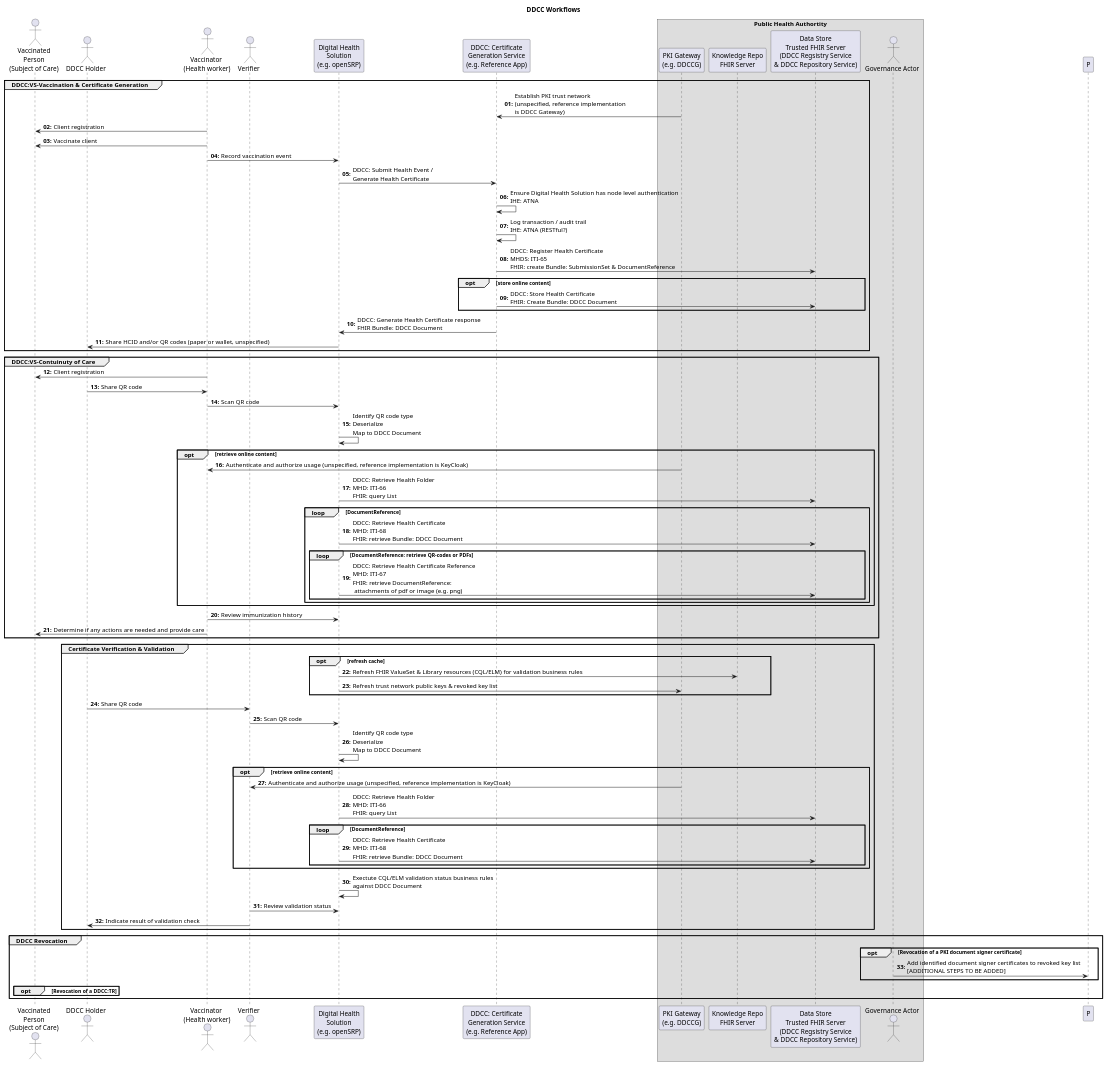
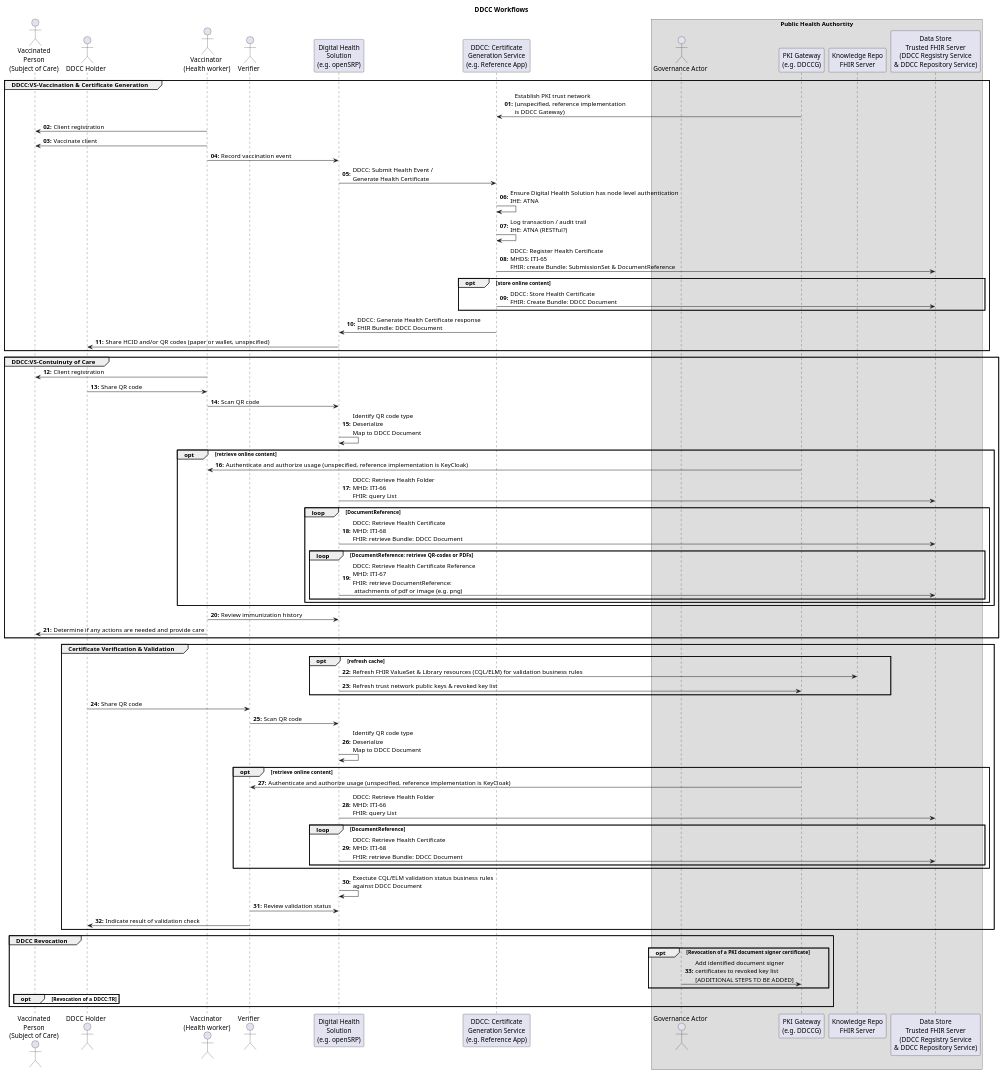
Before and after one commit to WorldHealthOrganization/ddcc: the diagram in input/images-source/workflows.plantuml, drawn with PlantUML.

Commit message:
Update workflows.plantuml
Updated Governance Actor (temporary actor name) and PKI references for revocation

```diff
--- a/input/images-source/workflows.plantuml
+++ b/input/images-source/workflows.plantuml
@@ -1,98 +1,98 @@
 @startuml
 skinparam svgDimensionStyle false
 
 title DDCC Workflows
 
 
 
 actor "Vaccinated\nPerson\n(Subject of Care)" as VP
 actor "DDCC Holder" as DH
 actor "Vaccinator\n (Health worker)" as HW
 actor "Verifier" as VER
 participant "Digital Health\nSolution\n(e.g. openSRP)" as DHS
 participant "DDCC: Certificate\nGeneration Service\n(e.g. Reference App)" as CGS
 
 box "Public Health Authortity"
+   actor "Governance Actor" as GA
    participant "PKI Gateway\n(e.g. DDCCG)" as GATE
    participant "Knowledge Repo\nFHIR Server" as KM
    participant "Data Store\nTrusted FHIR Server\n(DDCC Regsistry Service\n& DDCC Repository Service)"  as SHR
-   actor "Governance Actor" as GA
 end box
 
 autonumber "<b>00:</b>"
 
 
 group DDCC:VS-Vaccination & Certificate Generation
     GATE->CGS: Establish PKI trust network\n(unspecified, reference implementation\nis DDCC Gateway)
     HW->VP: Client registration
     HW->VP: Vaccinate client
     HW->DHS: Record vaccination event
     DHS->CGS: DDCC: Submit Health Event /\nGenerate Health Certificate
     CGS->CGS: Ensure Digital Health Solution has node level authentication\nIHE: ATNA
     CGS->CGS: Log transaction / audit trail\nIHE: ATNA (RESTful?)
     CGS->SHR: DDCC: Register Health Certificate\nMHDS: ITI-65\nFHIR: create Bundle: SubmissionSet & DocumentReference
 
     opt store online content
          CGS->SHR: DDCC: Store Health Certificate\nFHIR: Create Bundle: DDCC Document
     end
 
     CGS->DHS: DDCC: Generate Health Certificate response\nFHIR Bundle: DDCC Document
     DHS->DH: Share HCID and/or QR codes (paper or wallet, unspecified)
 end 
 
 group DDCC:VS-Contuinuty of Care
     HW->VP: Client registration
     DH->HW: Share QR code
     HW->DHS: Scan QR code
     DHS->DHS: Identify QR code type\nDeserialize\nMap to DDCC Document
     opt  retrieve online content
         GATE->HW: Authenticate and authorize usage (unspecified, reference implementation is KeyCloak)
         DHS->SHR: DDCC: Retrieve Health Folder\nMHD: ITI-66\nFHIR: query List
         loop DocumentReference
            DHS->SHR: DDCC: Retrieve Health Certificate\nMHD: ITI-68\nFHIR: retrieve Bundle: DDCC Document
            loop DocumentReference: retrieve QR-codes or PDFs
                DHS->SHR: DDCC: Retrieve Health Certificate Reference\nMHD: ITI-67\nFHIR: retrieve DocumentReference:\n attachments of pdf or image (e.g. png)
             end
         end
     end
     HW->DHS: Review immunization history
     HW->VP: Determine if any actions are needed and provide care
 end
 
 group Certificate Verification & Validation
     opt refresh cache
         DHS->KM: Refresh FHIR ValueSet & Library resources (CQL/ELM) for validation business rules
 	DHS->GATE: Refresh trust network public keys & revoked key list
     end 
 
     DH->VER: Share QR code
     VER->DHS: Scan QR code
     DHS->DHS: Identify QR code type\nDeserialize\nMap to DDCC Document
 
     opt  retrieve online content
         GATE->VER: Authenticate and authorize usage (unspecified, reference implementation is KeyCloak)
         DHS->SHR: DDCC: Retrieve Health Folder\nMHD: ITI-66\nFHIR: query List
         loop DocumentReference
            DHS->SHR: DDCC: Retrieve Health Certificate\nMHD: ITI-68\nFHIR: retrieve Bundle: DDCC Document
         end
     end
 
     DHS->DHS: Exectute CQL/ELM validation status business rules\nagainst DDCC Document
     VER->DHS: Review validation status
     VER->DH: Indicate result of validation check
 end
 
 group DDCC Revocation
     opt Revocation of a PKI document signer certificate 
-        GA->P: Add identified document signer certificates to revoked key list\n[ADDITIONAL STEPS TO BE ADDED]
+        GA->GATE: Add identified document signer\ncertificates to revoked key list\n[ADDITIONAL STEPS TO BE ADDED]
     end 
     
   opt Revocation of a DDCC:TR 
         
     end 
     
   
 end
 
 
 @enduml
```
